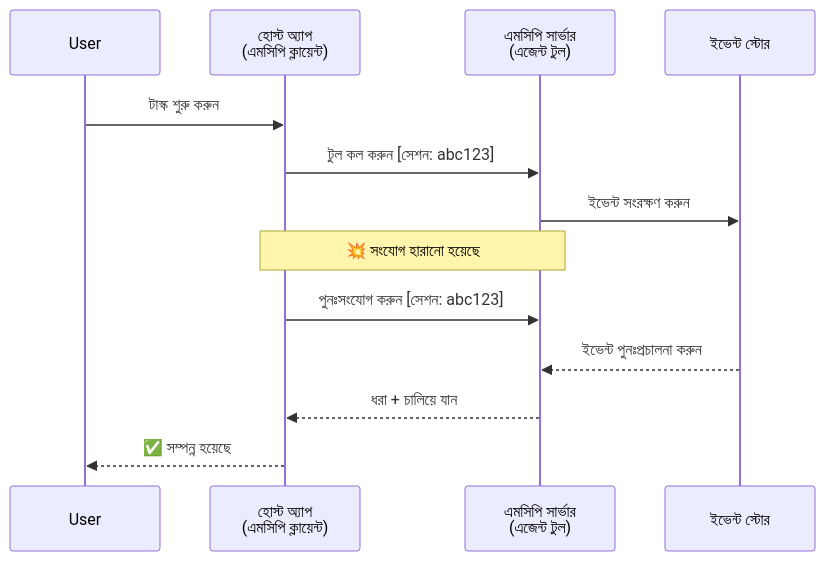
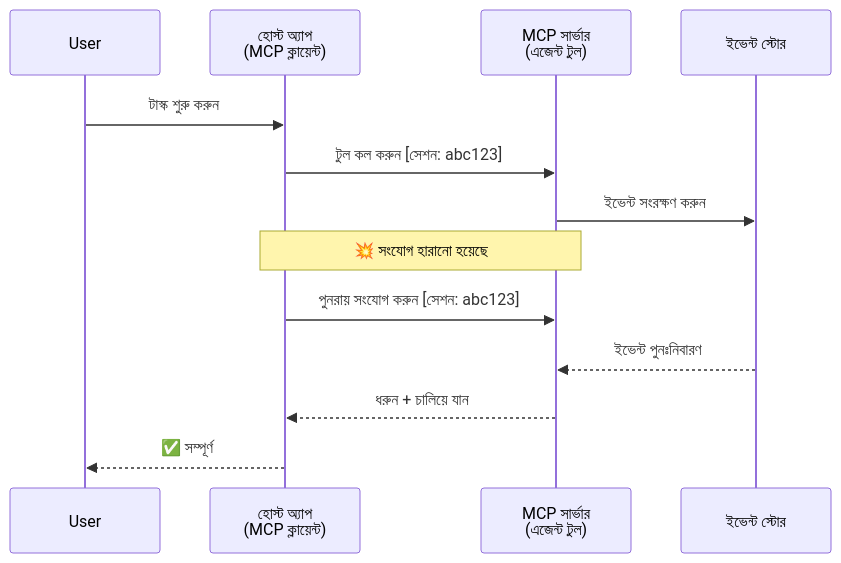
The second of 5 diagrams in mirrors/repos/microsoft@ai-agents-for-beginners/translations/bn/11-agentic-protocols/code_samples/mcp-agents/README.md (gabrielmoreira/agent-skills-mirror), drawn with Mermaid before and after one commit. The commit also changed other lines of this file and 4262 other files, not shown here.

````diff
--- a/mirrors/repos/microsoft@ai-agents-for-beginners/translations/bn/11-agentic-protocols/code_samples/mcp-agents/README.md
+++ b/mirrors/repos/microsoft@ai-agents-for-beginners/translations/bn/11-agentic-protocols/code_samples/mcp-agents/README.md
@@ -82,18 +82,18 @@
 ```mermaid
 sequenceDiagram
     participant User
-    participant Host as হোস্ট অ্যাপ<br/>(এমসিপি ক্লায়েন্ট)
-    participant Server as এমসিপি সার্ভার<br/>(এজেন্ট টুল)
+    participant Host as হোস্ট অ্যাপ<br/>(MCP ক্লায়েন্ট)
+    participant Server as MCP সার্ভার<br/>(এজেন্ট টুল)
     participant Store as ইভেন্ট স্টোর
 
     User->>Host: টাস্ক শুরু করুন
     Host->>Server: টুল কল করুন [সেশন: abc123]
     Server->>Store: ইভেন্ট সংরক্ষণ করুন
 
     Note over Host,Server: 💥 সংযোগ হারানো হয়েছে
 
-    Host->>Server: পুনঃসংযোগ করুন [সেশন: abc123]
-    Store-->>Server: ইভেন্ট পুনঃপ্রচালনা করুন
-    Server-->>Host: ধরা + চালিয়ে যান
-    Host-->>User: ✅ সম্পন্ন হয়েছে
+    Host->>Server: পুনরায় সংযোগ করুন [সেশন: abc123]
+    Store-->>Server: ইভেন্ট পুনঃনিবারণ
+    Server-->>Host: ধরুন + চালিয়ে যান
+    Host-->>User: ✅ সম্পূর্ণ
 ```
````
